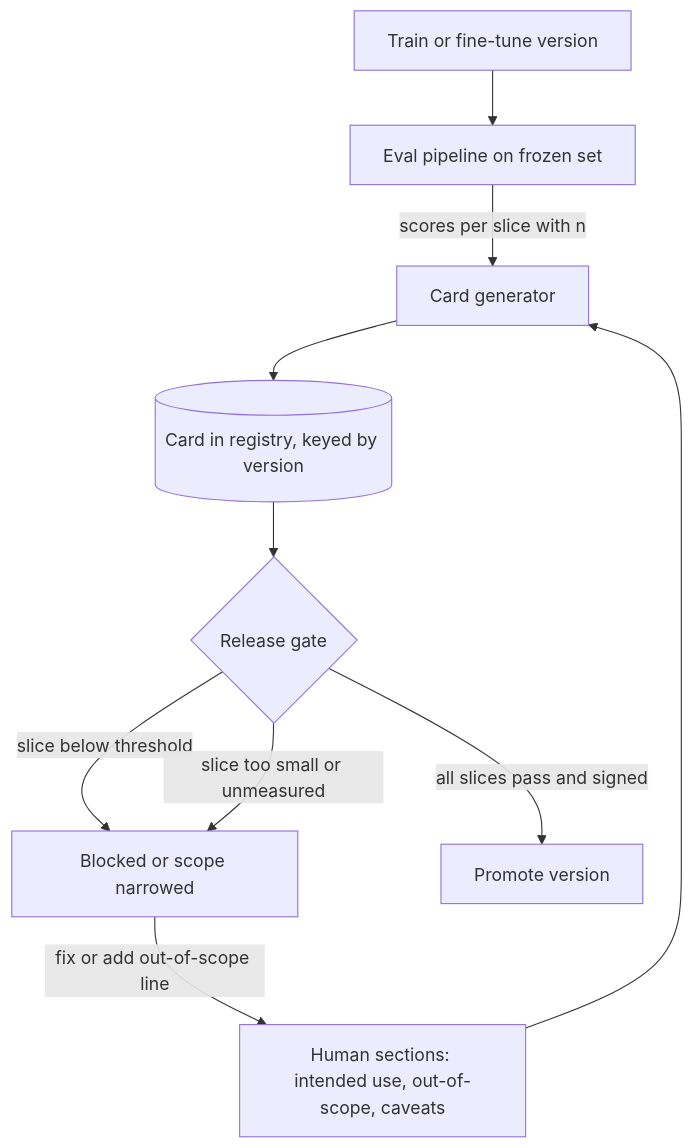
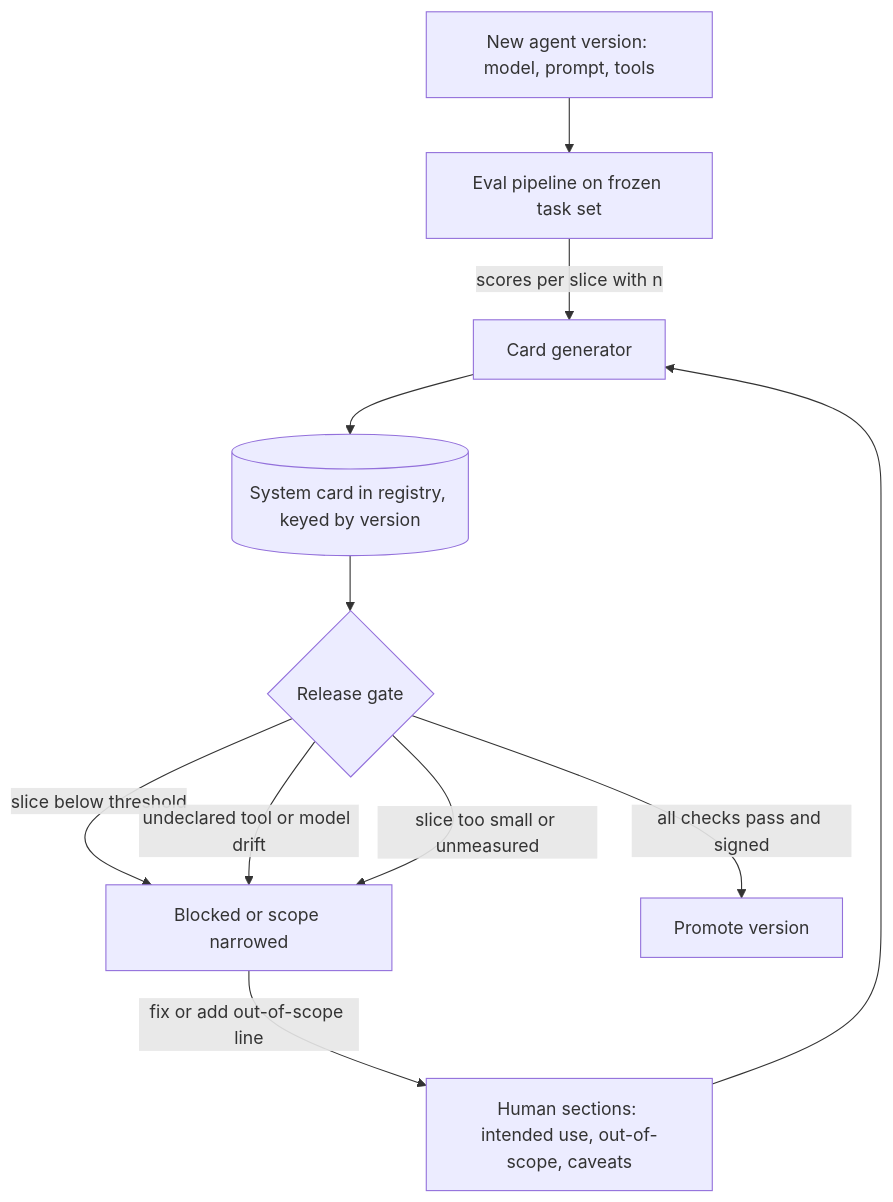
The diagram in content/security-governance-compliance/model-cards.md (lovishmahajan97/agentic-learning), drawn with Mermaid before and after one commit. The commit also changed other lines of this file and 485 other files, not shown here.

````diff
--- a/content/security-governance-compliance/model-cards.md
+++ b/content/security-governance-compliance/model-cards.md
@@ -99,12 +119,13 @@
 ```mermaid
 flowchart TD
-    T["Train or fine-tune version"] --> E["Eval pipeline on frozen set"]
+    T["New agent version: model, prompt, tools"] --> E["Eval pipeline on frozen task set"]
     E -->|"scores per slice with n"| G["Card generator"]
     H["Human sections: intended use, out-of-scope, caveats"] --> G
-    G --> C[("Card in registry, keyed by version")]
+    G --> C[("System card in registry, keyed by version")]
     C --> Q{"Release gate"}
     Q -->|"slice below threshold"| B["Blocked or scope narrowed"]
+    Q -->|"undeclared tool or model drift"| B
     Q -->|"slice too small or unmeasured"| B
-    Q -->|"all slices pass and signed"| P["Promote version"]
+    Q -->|"all checks pass and signed"| P["Promote version"]
     B -->|"fix or add out-of-scope line"| H
 ```
````
